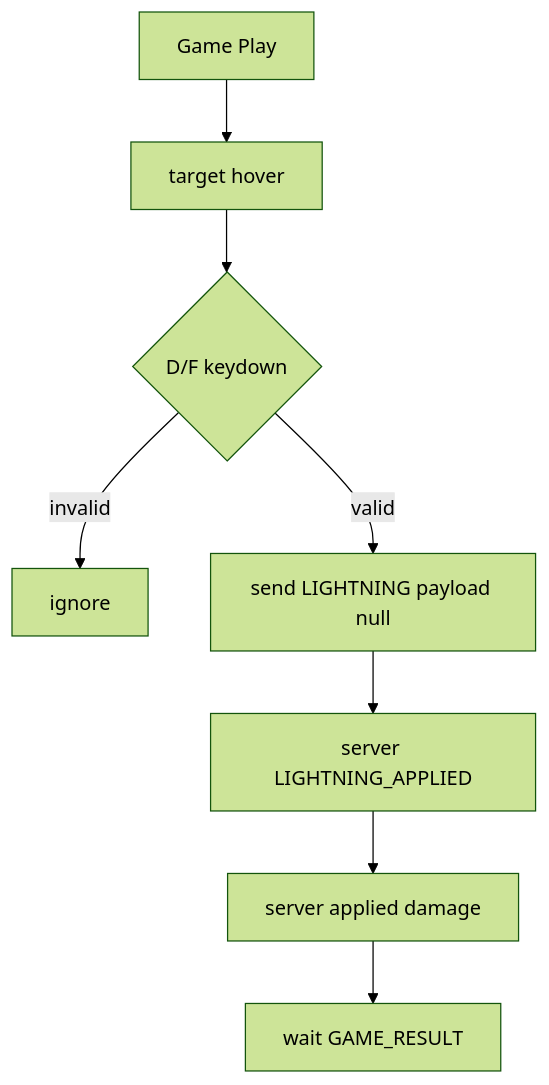
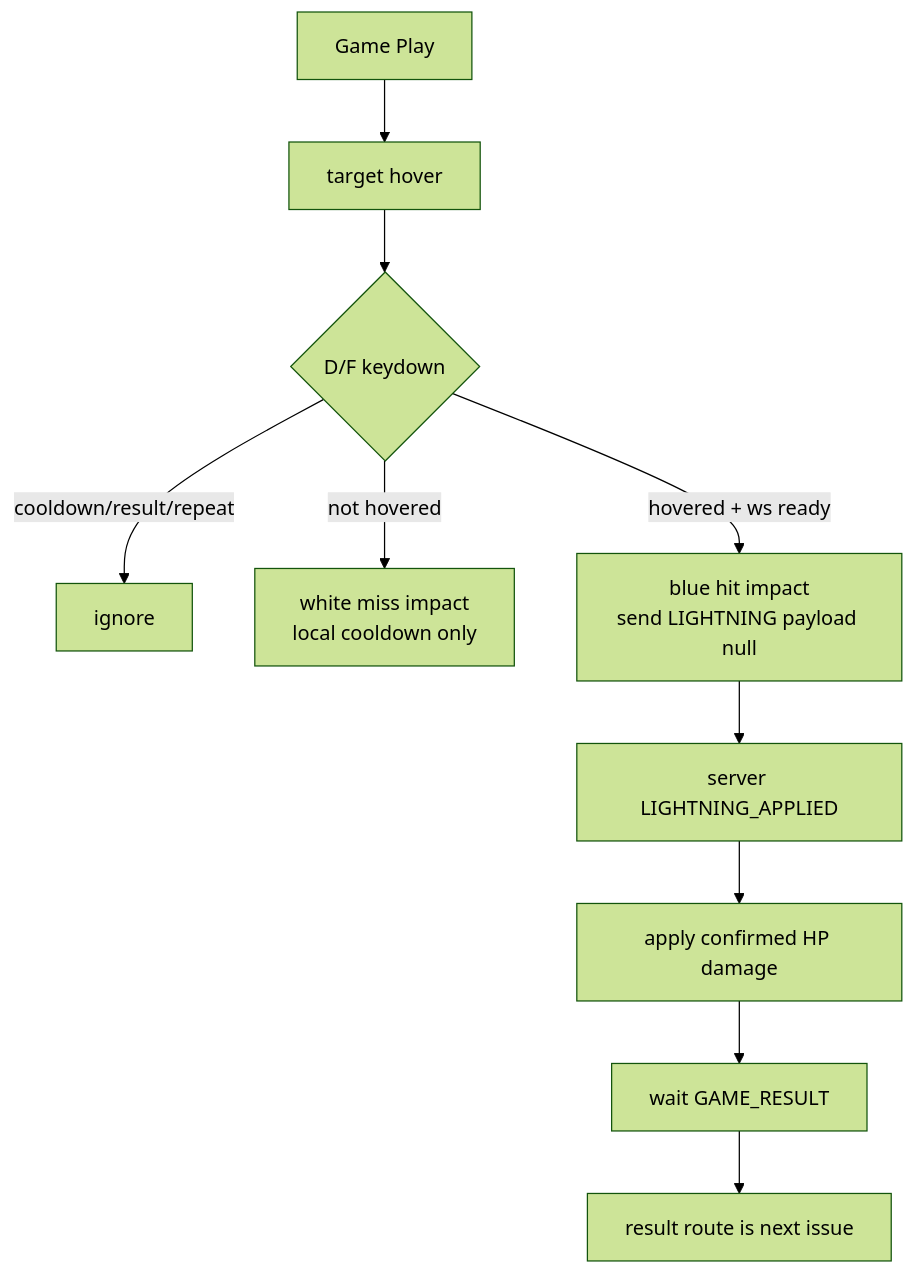
One commit to moonwhistle/League-of-Star changed the second of 2 diagrams in docs/antigravity/frontend/issue-92-lightning-combat-input-ui.md. Above: the diagram before and after it, drawn with Mermaid (forest theme). The commit also changed other lines of this file and 1 other file, not shown here.

````diff
--- a/docs/antigravity/frontend/issue-92-lightning-combat-input-ui.md
+++ b/docs/antigravity/frontend/issue-92-lightning-combat-input-ui.md
@@ -357,10 +359,12 @@
 ```mermaid
 flowchart TD
     A["Game Play"] --> B["target hover"]
     B --> C{"D/F keydown"}
-    C -->|invalid| D["ignore"]
-    C -->|valid| E["send LIGHTNING payload null"]
-    E --> F["server LIGHTNING_APPLIED"]
-    F --> G["server applied damage"]
-    G --> H["wait GAME_RESULT"]
+    C -->|cooldown/result/repeat| D["ignore"]
+    C -->|not hovered| E["white miss impact<br/>local cooldown only"]
+    C -->|hovered + ws ready| F["blue hit impact<br/>send LIGHTNING payload null"]
+    F --> G["server LIGHTNING_APPLIED"]
+    G --> H["apply confirmed HP damage"]
+    H --> I["wait GAME_RESULT"]
+    I --> J["result route is next issue"]
 ```
````
